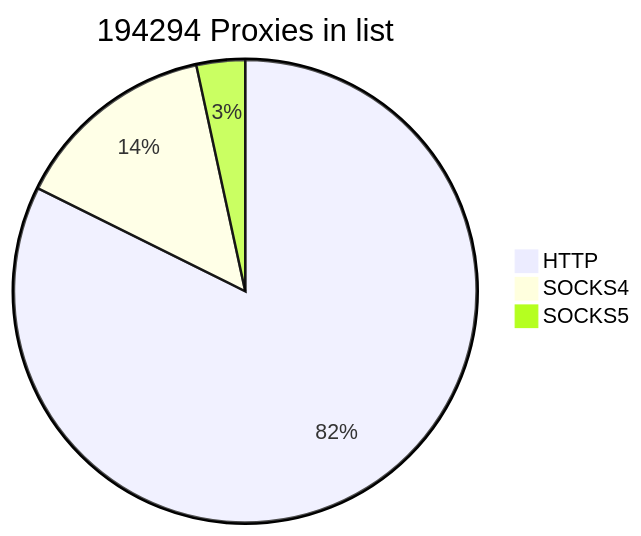
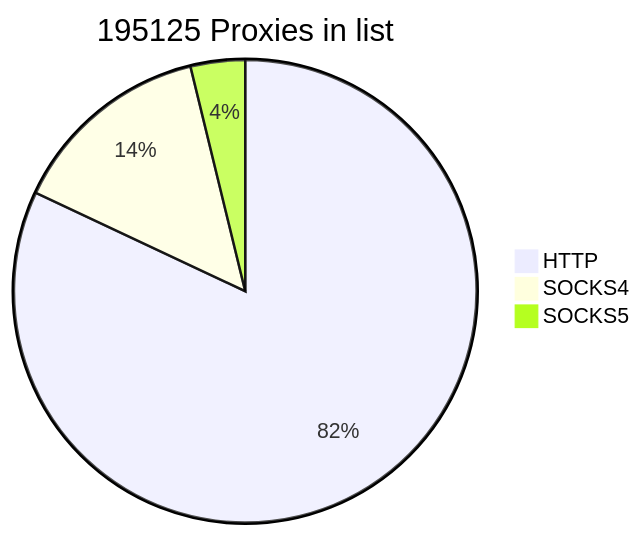
Before and after one commit to cutipu/proxylist: the first of 2 diagrams in README.md, drawn with Mermaid. The commit also changed other lines of this file, not shown here.

````diff
--- a/README.md
+++ b/README.md
@@ -2,7 +2,7 @@
 ```mermaid
-pie title 194294 Proxies in list
+pie title 195125 Proxies in list
     "HTTP" : 159985
     "SOCKS4" : 27714
-    "SOCKS5" : 6595
+    "SOCKS5" : 7426
             
 ```
````
